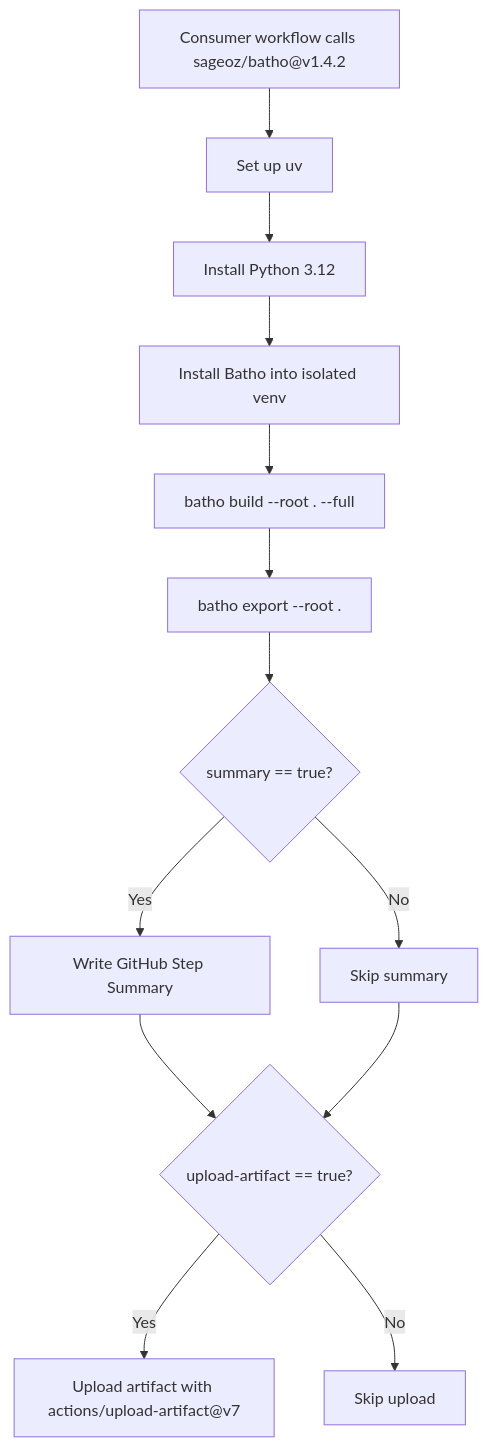
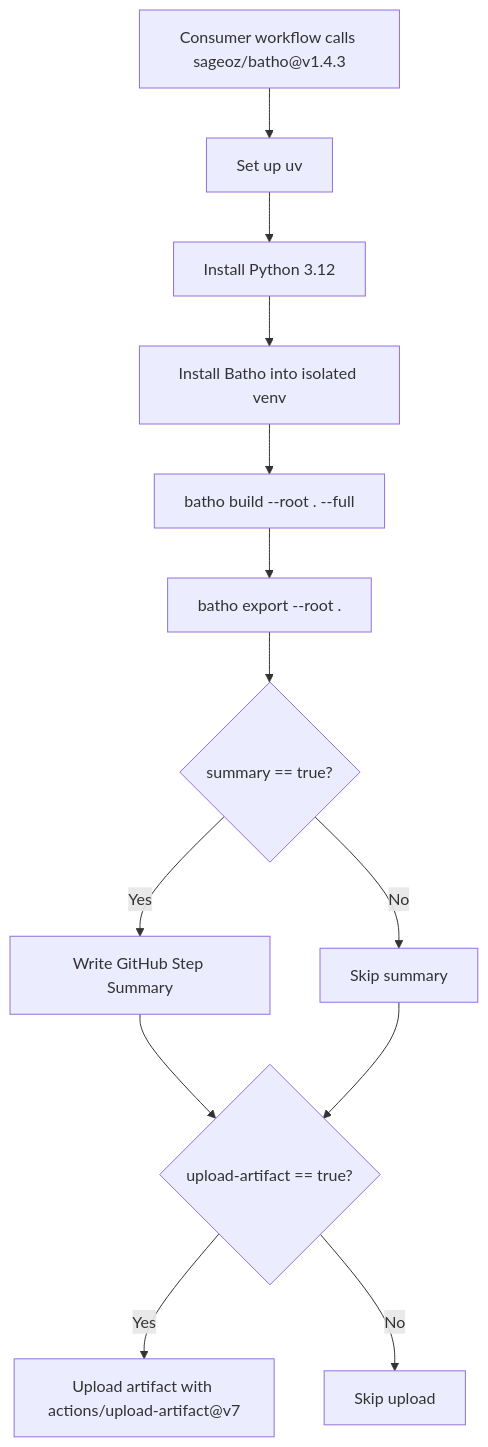
The diagram in docs-site/docs/cicd/composite-action.md (sageoz/Batho), drawn with Mermaid before and after one commit. The commit also changed other lines of this file and 149 other files, not shown here.

````diff
--- a/docs-site/docs/cicd/composite-action.md
+++ b/docs-site/docs/cicd/composite-action.md
@@ -7,15 +7,15 @@
 ```mermaid
 flowchart TD
-    A["Consumer workflow calls sageoz/batho@v1.4.2"] --> B["Set up uv"]
+    A["Consumer workflow calls sageoz/batho@v1.4.3"] --> B["Set up uv"]
     B --> C["Install Python 3.12"]
     C --> D["Install Batho into isolated venv"]
     D --> E["batho build --root . --full"]
     E --> F["batho export --root ."]
     F --> G{"summary == true?"}
     G -- Yes --> H["Write GitHub Step Summary"]
     G -- No --> I["Skip summary"]
     H --> J{"upload-artifact == true?"}
     I --> J
     J -- Yes --> K["Upload artifact with actions/upload-artifact@v7"]
     J -- No --> L["Skip upload"]
 ```
````
